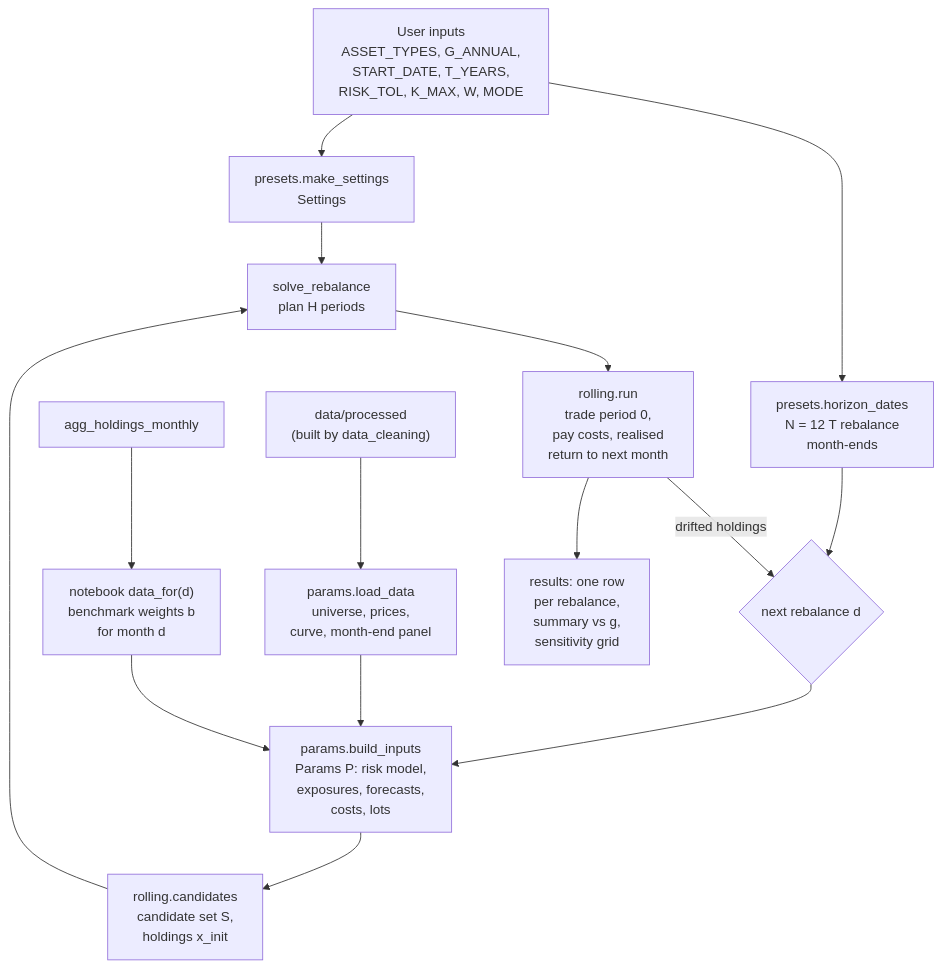
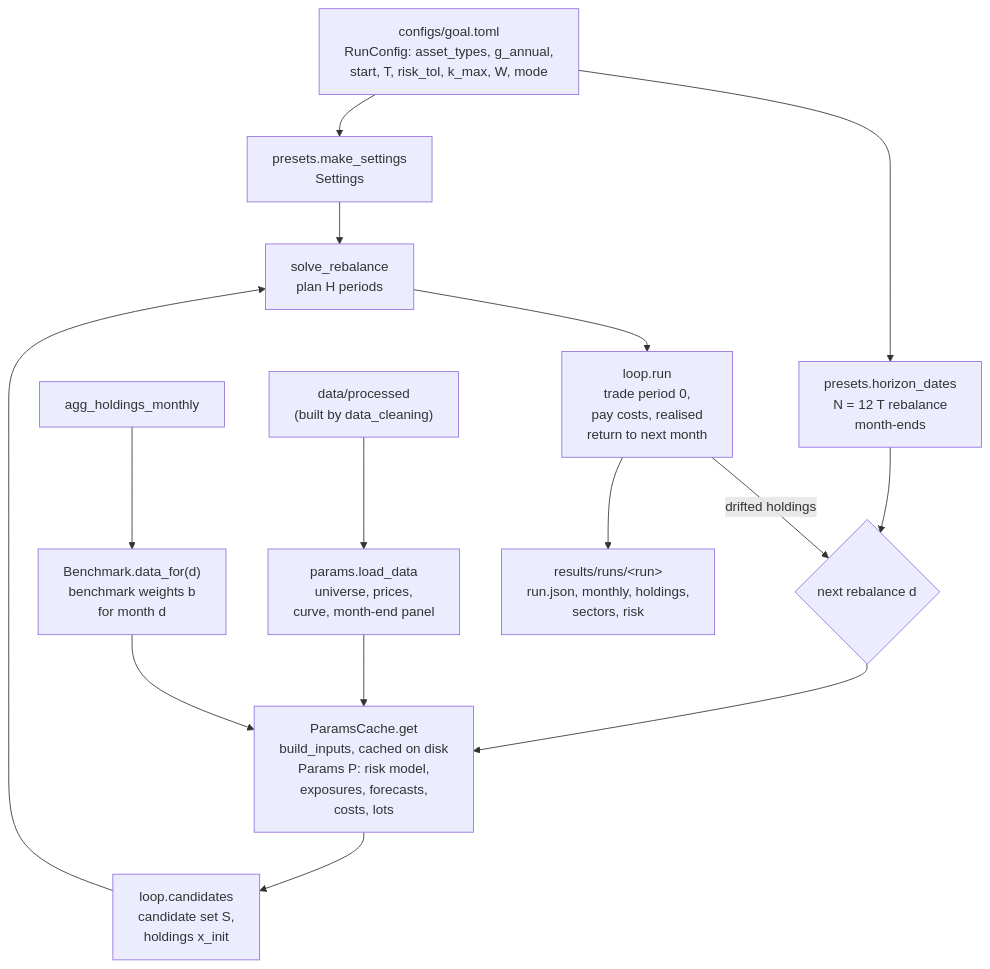
One commit to s-ychen/Capstone changed the diagram in documentation/README.md. Above: the diagram before and after it, drawn with Mermaid. The commit also changed other lines of this file and 18 other files, not shown here.

First line of the commit message:
feat: port goal optimizer notebook to src.backtest

````diff
--- a/documentation/README.md
+++ b/documentation/README.md
@@ -19,20 +19,20 @@
 ```mermaid
 %%{init: {"flowchart": {"wrappingWidth": 1000}, "markdownAutoWrap": false, "themeCSS": ".node .label div, .node .nodeLabel, .node p { text-align: left !important; }"}}%%
 flowchart TD
-    UI["User inputs<br/>ASSET_TYPES, G_ANNUAL,<br/>START_DATE, T_YEARS,<br/>RISK_TOL, K_MAX, W, MODE"] --> ST["presets.make_settings<br/>Settings"]
+    UI["configs/goal.toml<br/>RunConfig: asset_types, g_annual,<br/>start, T, risk_tol, k_max, W, mode"] --> ST["presets.make_settings<br/>Settings"]
     UI --> HZ["presets.horizon_dates<br/>N = 12 T rebalance<br/>month-ends"]
 
     DP["data/processed<br/>(built by data_cleaning)"] --> LD["params.load_data<br/>universe, prices,<br/>curve, month-end panel"]
-    HM["agg_holdings_monthly"] --> BM["notebook data_for(d)<br/>benchmark weights b<br/>for month d"]
+    HM["agg_holdings_monthly"] --> BM["Benchmark.data_for(d)<br/>benchmark weights b<br/>for month d"]
 
     HZ --> LOOP{"next rebalance d"}
-    LOOP --> EST["params.build_inputs<br/>Params P: risk model,<br/>exposures, forecasts,<br/>costs, lots"]
+    LOOP --> EST["ParamsCache.get<br/>build_inputs, cached on disk<br/>Params P: risk model,<br/>exposures, forecasts,<br/>costs, lots"]
     LD --> EST
     BM --> EST
-    EST --> CAND["rolling.candidates<br/>candidate set S,<br/>holdings x_init"]
+    EST --> CAND["loop.candidates<br/>candidate set S,<br/>holdings x_init"]
     CAND --> SOLVE["solve_rebalance<br/>plan H periods"]
     ST --> SOLVE
-    SOLVE --> EXE["rolling.run<br/>trade period 0,<br/>pay costs, realised<br/>return to next month"]
+    SOLVE --> EXE["loop.run<br/>trade period 0,<br/>pay costs, realised<br/>return to next month"]
     EXE -->|"drifted holdings"| LOOP
-    EXE --> RES["results: one row<br/>per rebalance,<br/>summary vs g,<br/>sensitivity grid"]
+    EXE --> RES["results/runs/&lt;run&gt;<br/>run.json, monthly, holdings,<br/>sectors, risk"]
 ```
````
